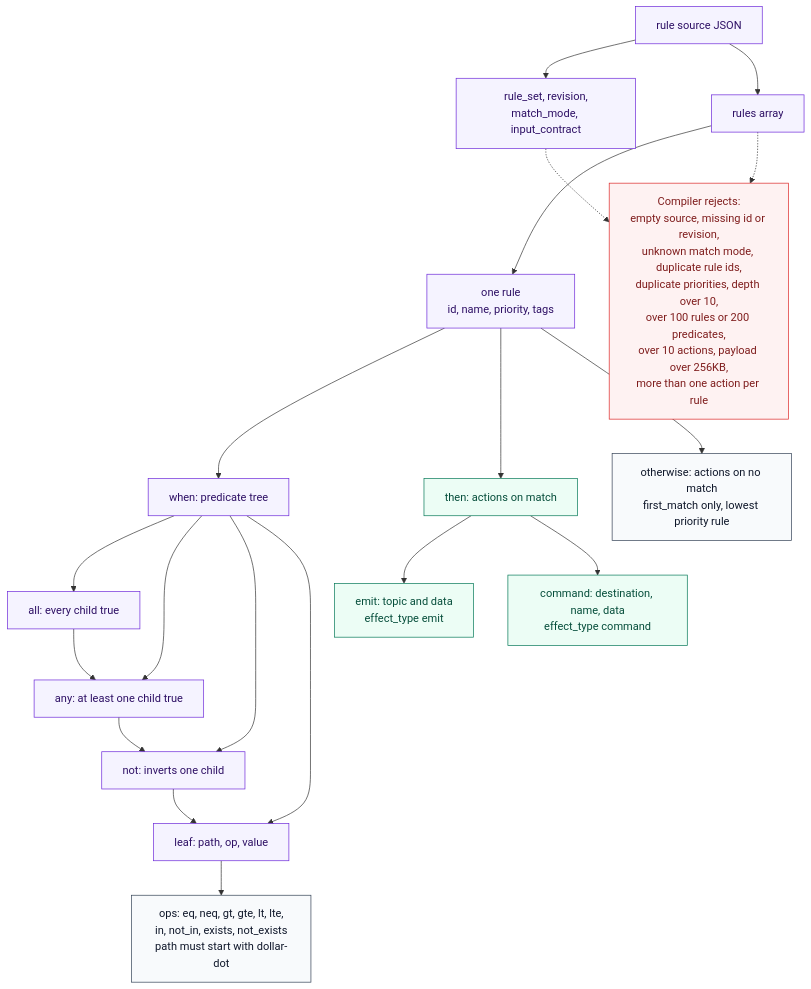
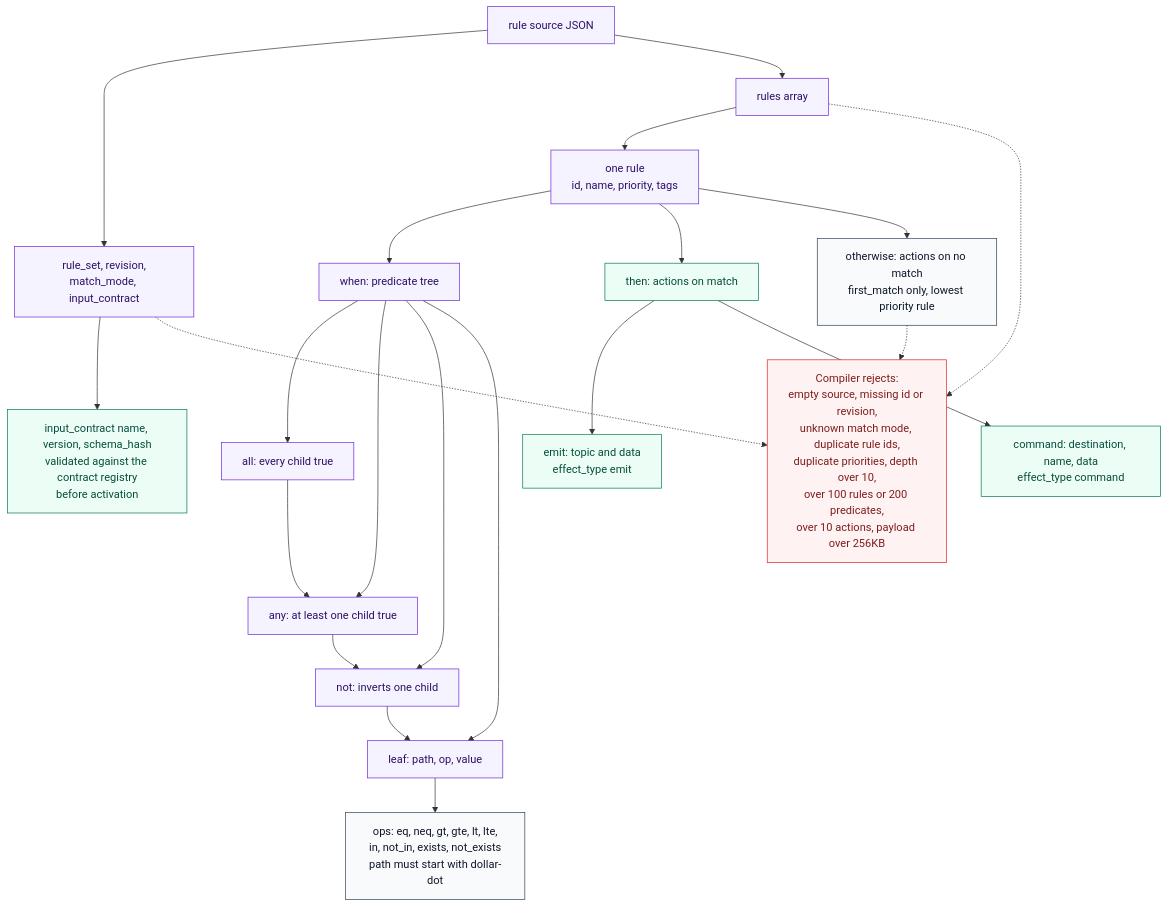
One commit to premchandkpc/kafka-simulate-rule changed the diagram in docs/04-rule-structure.mmd. Above: the diagram before and after it, drawn with Mermaid. The commit also changed 17 other files, not shown here.

Commit message:
docs: enrich mermaid diagrams and fix parse errors

```diff
--- a/docs/04-rule-structure.mmd
+++ b/docs/04-rule-structure.mmd
@@ -1,49 +1,53 @@
 flowchart TB
     %% Design view: rule source shape from JSON to compiled rules and actions.
     classDef core fill:#f5f3ff,stroke:#6d28d9,color:#2e1065
     classDef ok fill:#ecfdf5,stroke:#047857,color:#064e3b
     classDef bad fill:#fef2f2,stroke:#dc2626,color:#7f1d1d
     classDef note fill:#f8fafc,stroke:#334155,color:#0f172a
 
     Src["rule source JSON"]:::core
     Head["rule_set, revision,<br/>match_mode, input_contract"]:::core
     Rules["rules array"]:::core
 
     Src --> Head
     Src --> Rules
 
     Rule["one rule<br/>id, name, priority, tags"]:::core
     Rules --> Rule
 
     When["when: predicate tree"]:::core
     Then["then: actions on match"]:::ok
     Other["otherwise: actions on no match<br/>first_match only, lowest priority rule"]:::note
 
     Rule --> When
     Rule --> Then
     Rule --> Other
 
     All["all: every child true"]:::core
     Any["any: at least one child true"]:::core
     Not["not: inverts one child"]:::core
     Leaf["leaf: path, op, value"]:::core
 
     When --> All
     When --> Any
     When --> Not
     When --> Leaf
     All --> Any
     Any --> Not
     Not --> Leaf
 
     Ops["ops: eq, neq, gt, gte, lt, lte,<br/>in, not_in, exists, not_exists<br/>path must start with dollar-dot"]:::note
     Leaf --> Ops
 
     Emit["emit: topic and data<br/>effect_type emit"]:::ok
     Cmd["command: destination, name, data<br/>effect_type command"]:::ok
     Then --> Emit
     Then --> Cmd
 
-    Limits["Compiler rejects:<br/>empty source, missing id or revision,<br/>unknown match mode, duplicate rule ids,<br/>duplicate priorities, depth over 10,<br/>over 100 rules or 200 predicates,<br/>over 10 actions, payload over 256KB,<br/>more than one action per rule"]:::bad
+    Contract["input_contract name, version, schema_hash<br/>validated against the contract registry<br/>before activation"]:::ok
+    Head --> Contract
+
+    Limits["Compiler rejects:<br/>empty source, missing id or revision,<br/>unknown match mode, duplicate rule ids,<br/>duplicate priorities, depth over 10,<br/>over 100 rules or 200 predicates,<br/>over 10 actions, payload over 256KB"]:::bad
     Head -.-> Limits
     Rules -.-> Limits
+    Other -.-> Limits
```
